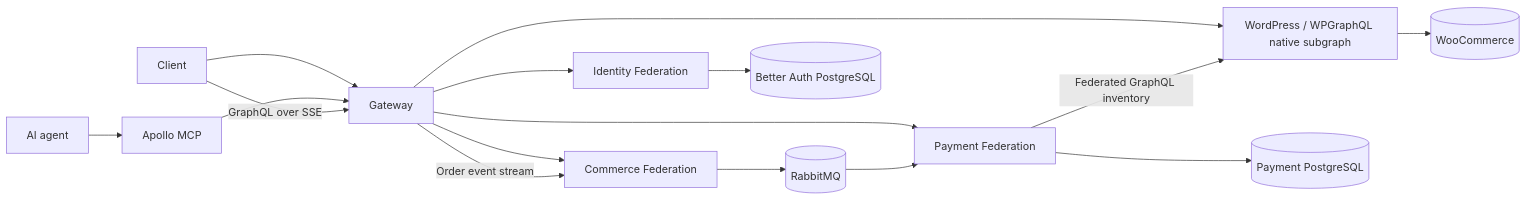
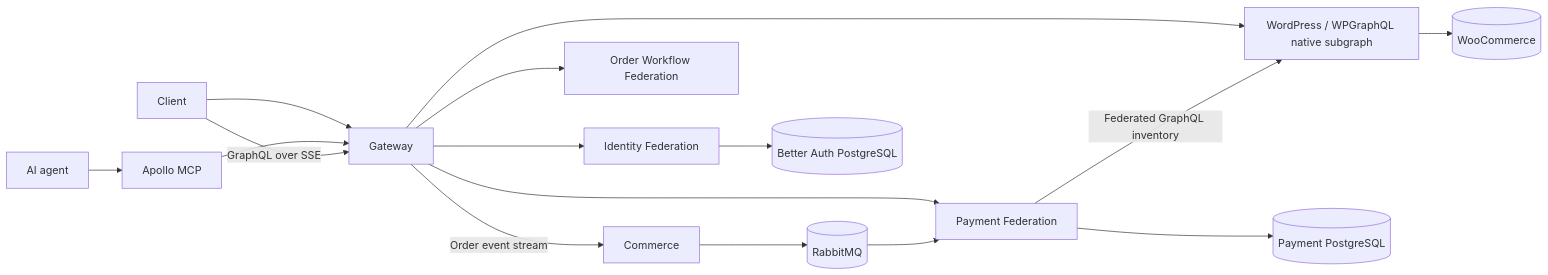
The first of 3 diagrams in README.md (kaio-fabiano/desafio-dev-backend-senior), drawn with Mermaid before and after one commit. The commit also changed other lines of this file and 195 other files, not shown here.

First line of the commit message:
refactor(order-workflow): adopt native WooGraphQL commerce

````diff
--- a/README.md
+++ b/README.md
@@ -13,17 +13,17 @@
 ```mermaid
 flowchart LR
   Client --> Gateway
   Agent[AI agent] --> MCP[Apollo MCP] --> Gateway
   Gateway --> Identity[Identity Federation]
-  Gateway --> Commerce[Commerce Federation]
+  Gateway --> Workflow[Order Workflow Federation]
   Gateway --> Payment[Payment Federation]
   Gateway --> WordPress[WordPress / WPGraphQL native subgraph]
   Commerce --> RabbitMQ[(RabbitMQ)]
   RabbitMQ --> Payment
   Payment -->|Federated GraphQL inventory| WordPress
   Identity --> BetterAuth[(Better Auth PostgreSQL)]
   Payment --> PaymentDB[(Payment PostgreSQL)]
   WordPress --> Woo[(WooCommerce)]
   Client -->|GraphQL over SSE| Gateway
   Gateway -->|Order event stream| Commerce
 ```
````
